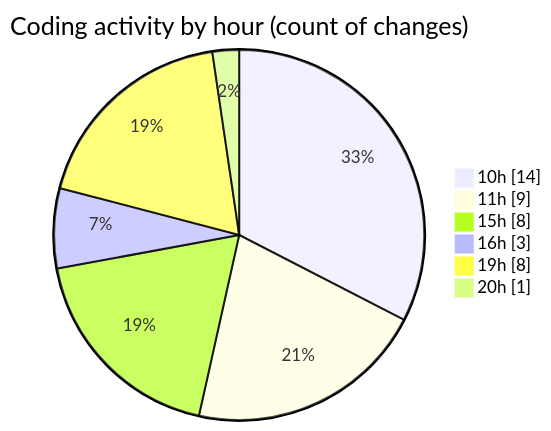
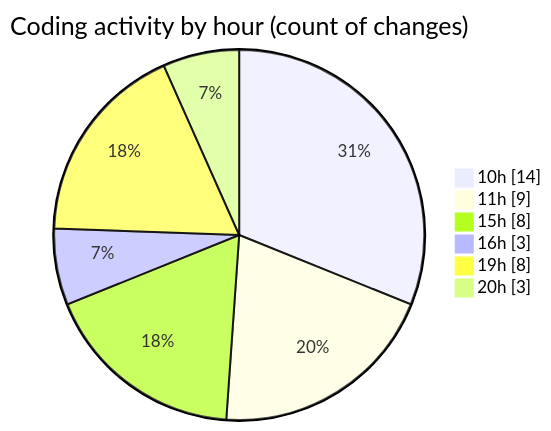
Before and after one commit to Elitesun/code-tracking: the second of 2 diagrams in 2025-02-08/react_ecom/README.md, drawn with Mermaid. The commit also changed other lines of this file and 1 other file, not shown here.

````diff
--- a/2025-02-08/react_ecom/README.md
+++ b/2025-02-08/react_ecom/README.md
@@ -35,10 +35,10 @@
 ```mermaid
 pie showData
 title Coding activity by hour (count of changes)
 "10h" : 14
 "11h" : 9
 "15h" : 8
 "16h" : 3
 "19h" : 8
-"20h" : 1
+"20h" : 3
 ```
````
